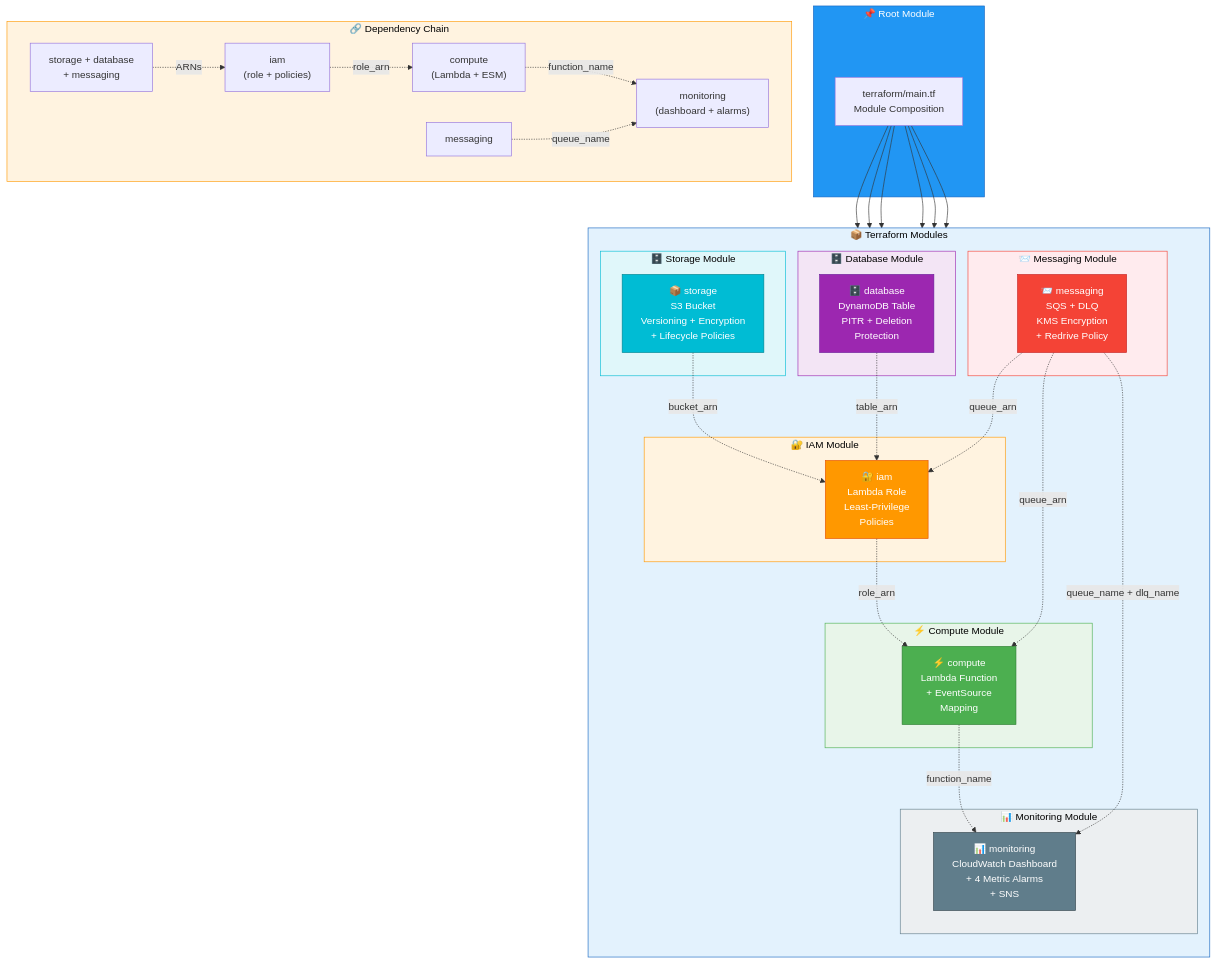
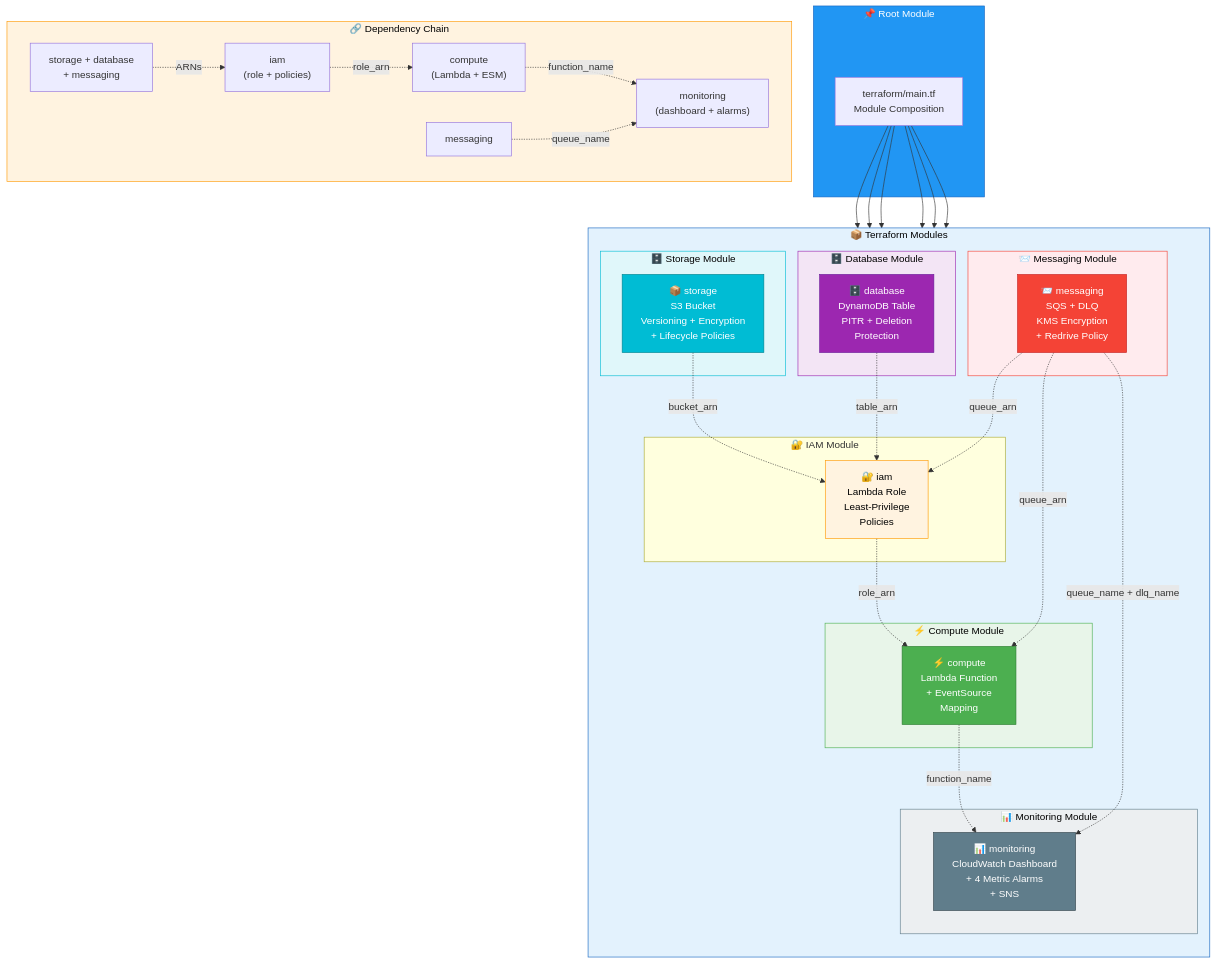
Before and after one commit to sergio11/aws_serverless_pipeline_poc: the third of 6 diagrams in README.md, drawn with Mermaid. The commit also changed other lines of this file and 2 other files, not shown here.

First line of the commit message:
docs: refactor README for cloud architecture portfolio presentation

````diff
--- a/README.md
+++ b/README.md
@@ -399,73 +399,73 @@
 ```mermaid
 graph TB
     subgraph ROOT["📌 Root Module"]
         MAIN["terraform/main.tf<br/>Module Composition"]
     end
 
     subgraph MODULOS["📦 Terraform Modules"]
         direction TB
 
         subgraph STORAGE_MOD["🗄️ Storage Module"]
             S3_MOD["📦 storage<br/>S3 Bucket<br/>Versioning + Encryption<br/>+ Lifecycle Policies"]
         end
 
         subgraph DATABASE_MOD["🗄️ Database Module"]
             DDB_MOD["🗄️ database<br/>DynamoDB Table<br/>PITR + Deletion<br/>Protection"]
         end
 
         subgraph MESSAGING_MOD["📨 Messaging Module"]
             SQS_MOD["📨 messaging<br/>SQS + DLQ<br/>KMS Encryption<br/>+ Redrive Policy"]
         end
 
         subgraph IAM_MOD["🔐 IAM Module"]
             IAM_MOD_F["🔐 iam<br/>Lambda Role<br/>Least-Privilege<br/>Policies"]
         end
 
         subgraph COMPUTE_MOD["⚡ Compute Module"]
             LAMBDA_MOD["⚡ compute<br/>Lambda Function<br/>+ EventSource<br/>Mapping"]
         end
 
         subgraph MONITORING_MOD["📊 Monitoring Module"]
             CW_MOD["📊 monitoring<br/>CloudWatch Dashboard<br/>+ 4 Metric Alarms<br/>+ SNS"]
         end
     end
 
     MAIN --> S3_MOD
     MAIN --> DDB_MOD
     MAIN --> SQS_MOD
     MAIN --> IAM_MOD_F
     MAIN --> LAMBDA_MOD
     MAIN --> CW_MOD
 
     S3_MOD -.->|"bucket_arn"| IAM_MOD_F
     DDB_MOD -.->|"table_arn"| IAM_MOD_F
     SQS_MOD -.->|"queue_arn"| IAM_MOD_F
     SQS_MOD -.->|"queue_arn"| LAMBDA_MOD
     IAM_MOD_F -.->|"role_arn"| LAMBDA_MOD
     SQS_MOD -.->|"queue_name + dlq_name"| CW_MOD
     LAMBDA_MOD -.->|"function_name"| CW_MOD
 
     subgraph DEPENDENCY_CHAIN["🔗 Dependency Chain"]
         direction LR
         D1["storage + database<br/>+ messaging"] -.->|"ARNs"| D2["iam<br/>(role + policies)"]
         D2 -.->|"role_arn"| D3["compute<br/>(Lambda + ESM)"]
         D3 -.->|"function_name"| D4["monitoring<br/>(dashboard + alarms)"]
         D5["messaging"] -.->|"queue_name"| D4
     end
 
     style ROOT fill:#2196F3,color:#fff,stroke:#1565C0
     style MODULOS fill:#E3F2FD,color:#000,stroke:#1565C0
     style DEPENDENCY_CHAIN fill:#FFF3E0,color:#000,stroke:#FF9800
     style S3_MOD fill:#00BCD4,color:#fff,stroke:#00838F
     style DDB_MOD fill:#9C27B0,color:#fff,stroke:#6A1B9A
     style SQS_MOD fill:#F44336,color:#fff,stroke:#C62828
     style IAM_MOD_F fill:#FF9800,color:#fff,stroke:#E65100
     style LAMBDA_MOD fill:#4CAF50,color:#fff,stroke:#2E7D32
     style CW_MOD fill:#607D8B,color:#fff,stroke:#37474F
     style STORAGE_MOD fill:#E0F7FA,color:#000,stroke:#00BCD4
     style DATABASE_MOD fill:#F3E5F5,color:#000,stroke:#9C27B0
     style MESSAGING_MOD fill:#FFEBEE,color:#000,stroke:#F44336
-    style IAM_MOD fill:#FFF3E0,color:#000,stroke:#FF9800
+    style IAM_MOD_F fill:#FFF3E0,color:#000,stroke:#FF9800
     style COMPUTE_MOD fill:#E8F5E9,color:#000,stroke:#4CAF50
     style MONITORING_MOD fill:#ECEFF1,color:#000,stroke:#607D8B
 ```
````
